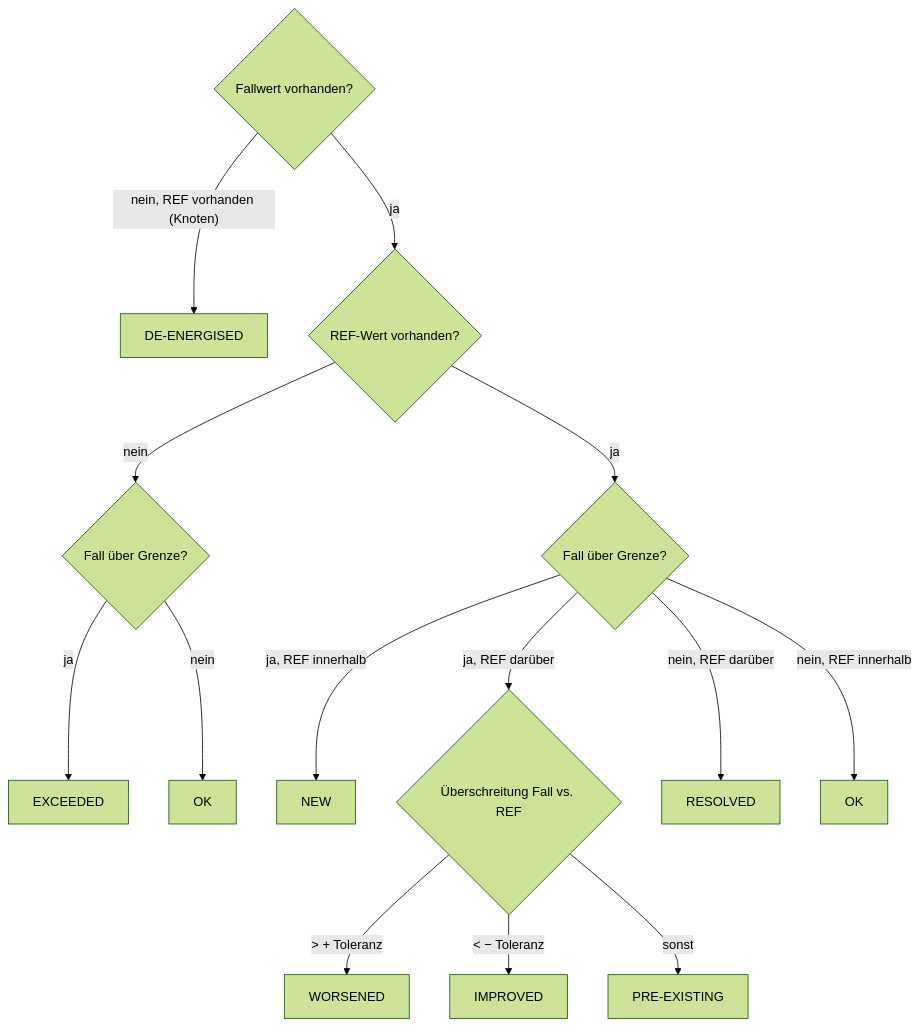
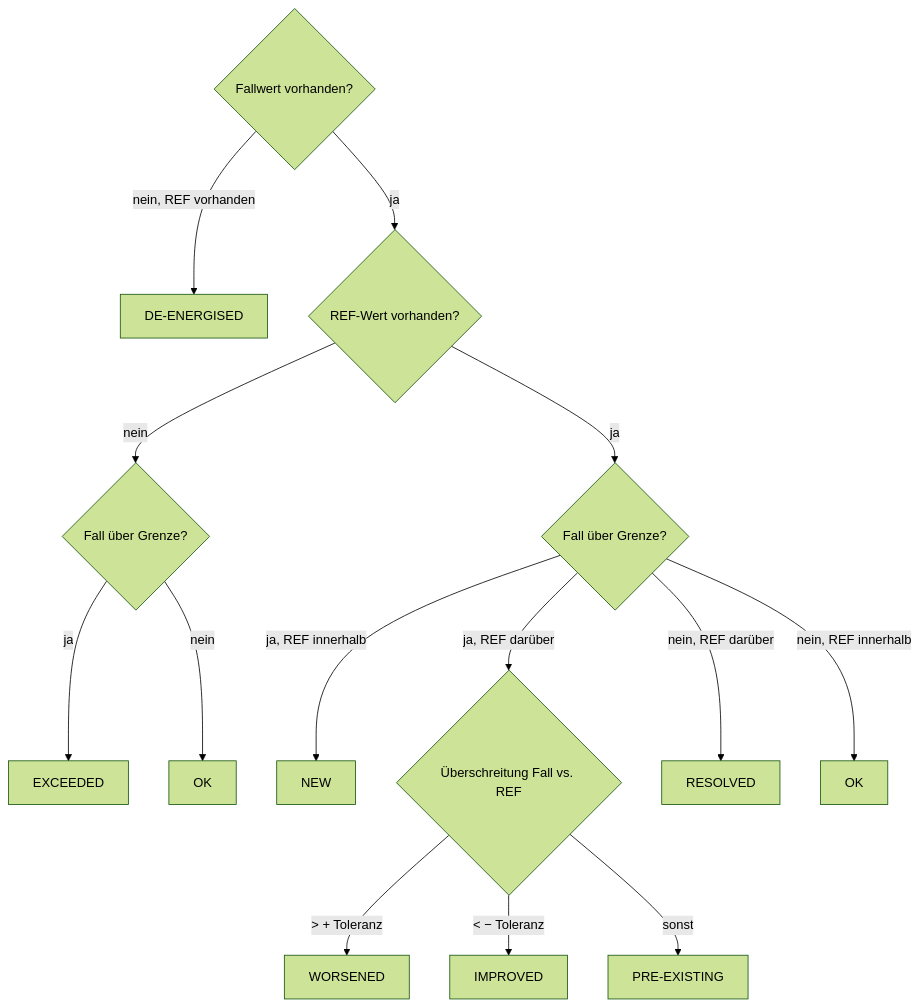
One commit to hadiibrahim-Engin/GridLensAssessment changed the fifth of 5 diagrams in docs/de/ARCHITEKTUR.md. Above: the diagram before and after it, drawn with Mermaid (forest theme). The commit also changed other lines of this file and 61 other files, not shown here.

````diff
--- a/docs/de/ARCHITEKTUR.md
+++ b/docs/de/ARCHITEKTUR.md
@@ -423,16 +453,16 @@
 ```mermaid
 flowchart TD
-    A{"Fallwert vorhanden?"} -- "nein, REF vorhanden (Knoten)" --> DE["DE-ENERGISED"]
+    A{"Fallwert vorhanden?"} -- "nein, REF vorhanden" --> DE["DE-ENERGISED"]
     A -- ja --> B{"REF-Wert vorhanden?"}
     B -- nein --> EX{"Fall über Grenze?"}
     EX -- ja --> EXC["EXCEEDED"]
     EX -- nein --> OK1["OK"]
     B -- ja --> C{"Fall über Grenze?"}
     C -- "ja, REF innerhalb" --> NEW["NEW"]
     C -- "ja, REF darüber" --> D{"Überschreitung Fall vs. REF"}
     D -- "> + Toleranz" --> WO["WORSENED"]
     D -- "< − Toleranz" --> IM["IMPROVED"]
     D -- "sonst" --> PE["PRE-EXISTING"]
     C -- "nein, REF darüber" --> RE["RESOLVED"]
     C -- "nein, REF innerhalb" --> OK2["OK"]
 ```
````
